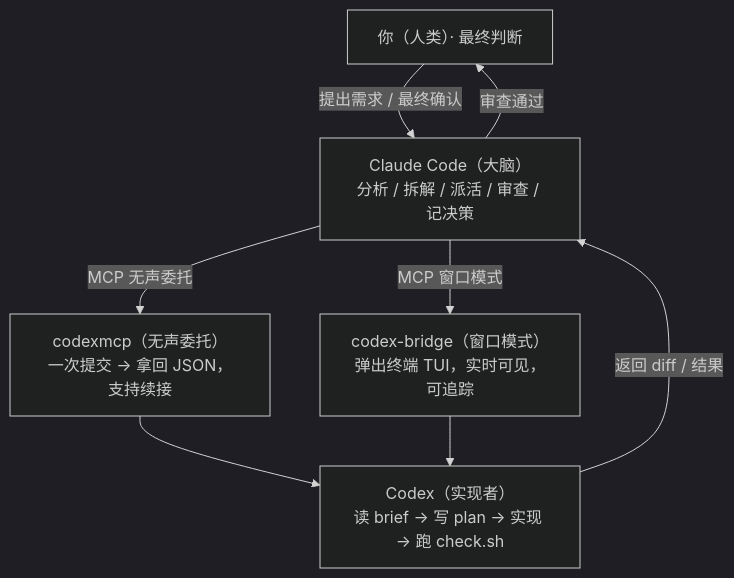
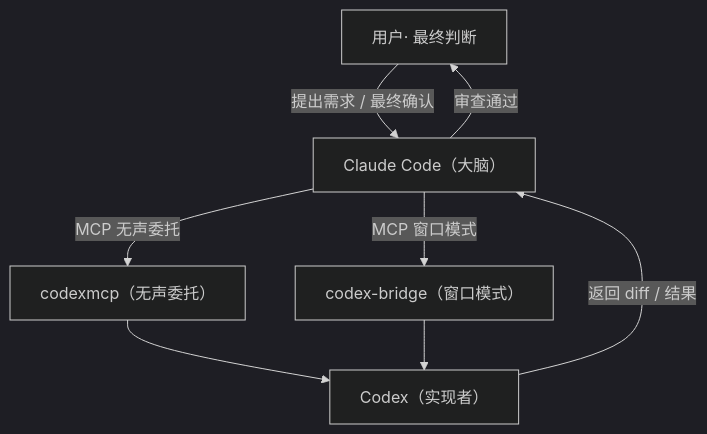
Before and after one commit to yiximy/codex-claude-collab-skill: the first of 2 diagrams in README.md, drawn with Mermaid (dark theme). The commit also changed other lines of this file, not shown here.

Commit message:
docs: Fix the issue of incomplete display of architecture and collaboration flowchart

````diff
--- a/README.md
+++ b/README.md
@@ -63,16 +63,16 @@
 ```mermaid
 graph TD
-    H["你（人类）· 最终判断"]
-    CC["Claude Code（大脑）<br/>分析 / 拆解 / 派活 / 审查 / 记决策"]
-    CX["Codex（实现者）<br/>读 brief -> 写 plan -> 实现 -> 跑 check.sh"]
-    M1["codexmcp（无声委托）<br/>一次提交 -> 拿回 JSON，支持续接"]
-    M2["codex-bridge（窗口模式）<br/>弹出终端 TUI，实时可见，可追踪"]
+    H["用户· 最终判断"]
+    CC["Claude Code（大脑）"]
+    CX["Codex（实现者）"]
+    M1["codexmcp（无声委托）"]
+    M2["codex-bridge（窗口模式）"]
 
     H -->|"提出需求 / 最终确认"| CC
     CC -->|"MCP 无声委托"| M1
     CC -->|"MCP 窗口模式"| M2
     M1 --> CX
     M2 --> CX
     CX -->|"返回 diff / 结果"| CC
     CC -->|"审查通过"| H
 ```
````
